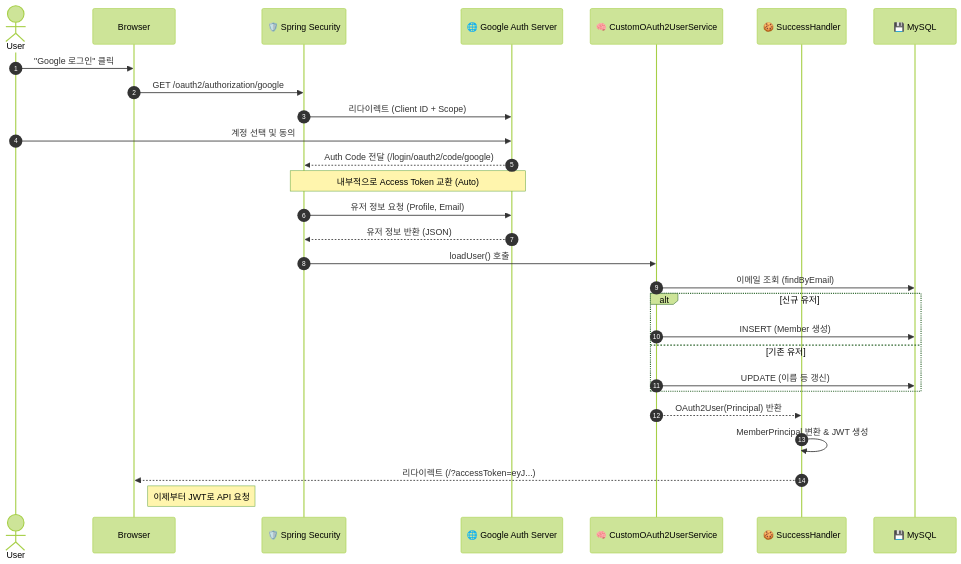
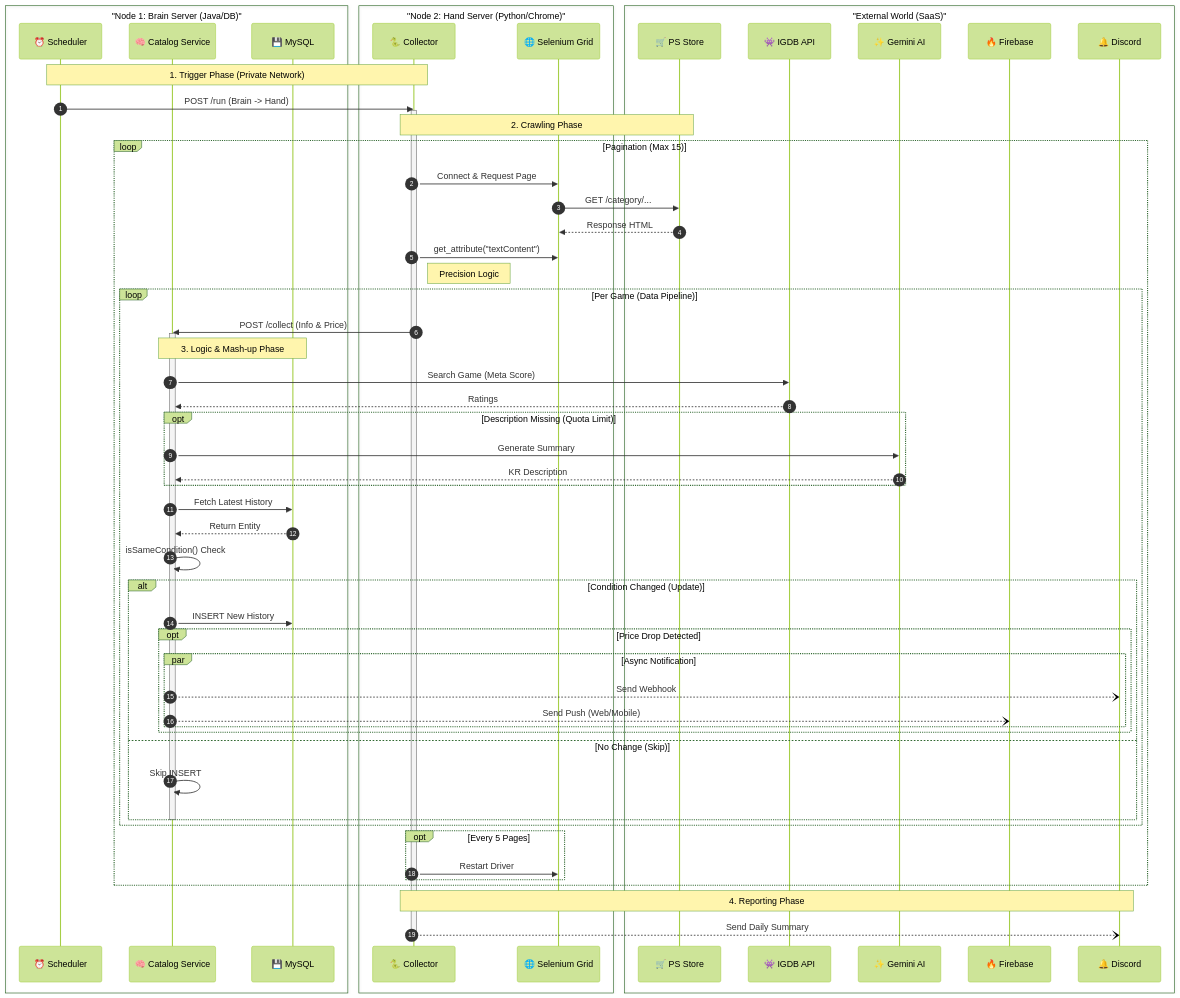
One commit to ygpark11/backend-lab changed the second of 2 diagrams in msa/apps/README.md. Above: the diagram before and after it, drawn with Mermaid (forest theme). The commit also changed other lines of this file, not shown here.

````diff
--- a/msa/apps/README.md
+++ b/msa/apps/README.md
@@ -394,39 +412,84 @@
 ```mermaid
 sequenceDiagram
     autonumber
-    actor User
-    participant Browser
-    participant SpringSec as 🛡️ Spring Security
-    participant Google as 🌐 Google Auth Server
-    participant Service as 🧠 CustomOAuth2UserService
-    participant Handler as 🍪 SuccessHandler
-    participant DB as 💾 MySQL
 
-    User->>Browser: "Google 로그인" 클릭
-    Browser->>SpringSec: GET /oauth2/authorization/google
-    SpringSec->>Google: 리다이렉트 (Client ID + Scope)
+    %% 1. 서버 그룹핑 (물리적 분리 시각화)
+    box "Node 1: Brain Server (Java/DB)" #e1f5fe
+        participant Scheduler as ⏰ Scheduler
+        participant Service as 🧠 Catalog Service
+        participant DB as 💾 MySQL
+    end
+
+    box "Node 2: Hand Server (Python/Chrome)" #fff3e0
+        participant Crawler as 🐍 Collector
+        participant Chrome as 🌐 Selenium Grid
+    end
+
+    %% 2. 외부 세상 (External API)
+    box "External World (SaaS)" #f5f5f5
+        participant Store as 🛒 PS Store
+        participant IGDB as 👾 IGDB API
+        participant AI as ✨ Gemini AI
+        participant FCM as 🔥 Firebase
+        participant Discord as 🔔 Discord
+    end
+
+    Note over Scheduler, Crawler: 1. Trigger Phase (Private Network)
+    Scheduler->>Crawler: POST /run (Brain -> Hand)
+    activate Crawler
     
-    User->>Google: 계정 선택 및 동의
-    Google-->>SpringSec: Auth Code 전달 (/login/oauth2/code/google)
-    
-    Note over SpringSec, Google: 내부적으로 Access Token 교환 (Auto)
-    
-    SpringSec->>Google: 유저 정보 요청 (Profile, Email)
-    Google-->>SpringSec: 유저 정보 반환 (JSON)
-    
-    SpringSec->>Service: loadUser() 호출
-    Service->>DB: 이메일 조회 (findByEmail)
-    
-    alt 신규 유저
-        Service->>DB: INSERT (Member 생성)
-    else 기존 유저
-        Service->>DB: UPDATE (이름 등 갱신)
+    Note over Crawler, Store: 2. Crawling Phase
+    loop Pagination (Max 15)
+        Crawler->>Chrome: Connect & Request Page
+        Chrome->>Store: GET /category/...
+        Store-->>Chrome: Response HTML
+        Crawler->>Chrome: get_attribute("textContent")
+        Note right of Crawler: Precision Logic
+
+        loop Per Game (Data Pipeline)
+            %% Hand -> Brain 전송
+            Crawler->>Service: POST /collect (Info & Price)
+            activate Service
+            
+            Note over Service, DB: 3. Logic & Mash-up Phase
+            
+            %% [Level 23] IGDB 연동
+            Service->>IGDB: Search Game (Meta Score)
+            IGDB-->>Service: Ratings
+            
+            %% [Level 36] AI 연동 (Description)
+            opt Description Missing (Quota Limit)
+                Service->>AI: Generate Summary
+                AI-->>Service: KR Description
+            end
+            
+            %% DB 비교 및 저장
+            Service->>DB: Fetch Latest History
+            DB-->>Service: Return Entity
+            Service->>Service: isSameCondition() Check
+            
+            alt Condition Changed (Update)
+                Service->>DB: INSERT New History
+                
+                %% [Level 35] 알림 발송 (다중 채널)
+                opt Price Drop Detected
+                    par Async Notification
+                        Service--)Discord: Send Webhook
+                        Service--)FCM: Send Push (Web/Mobile)
+                    end
+                end
+            else No Change (Skip)
+                Service->>Service: Skip INSERT
+            end
+            deactivate Service
+        end
+        
+        opt Every 5 Pages
+            Crawler->>Chrome: Restart Driver
+        end
     end
     
-    Service-->>Handler: OAuth2User(Principal) 반환
-    
-    Handler->>Handler: MemberPrincipal 변환 & JWT 생성
-    Handler-->>Browser: 리다이렉트 (/?accessToken=eyJ...)
-    
-    Note right of Browser: 이제부터 JWT로 API 요청
+    Note over Crawler, Discord: 4. Reporting Phase
+    Crawler--)Discord: Send Daily Summary
+    deactivate Crawler
 ```
````
